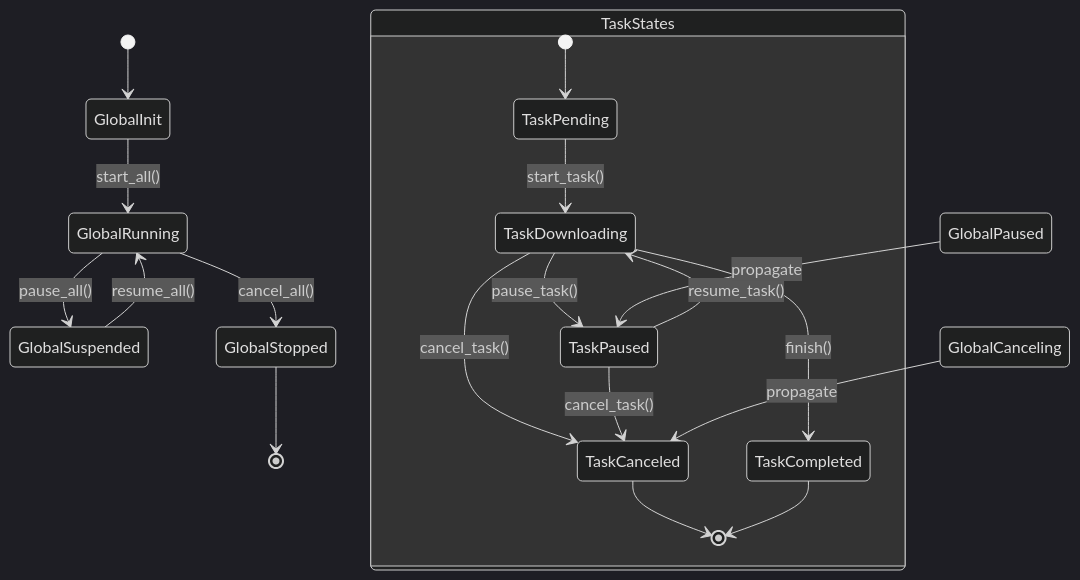
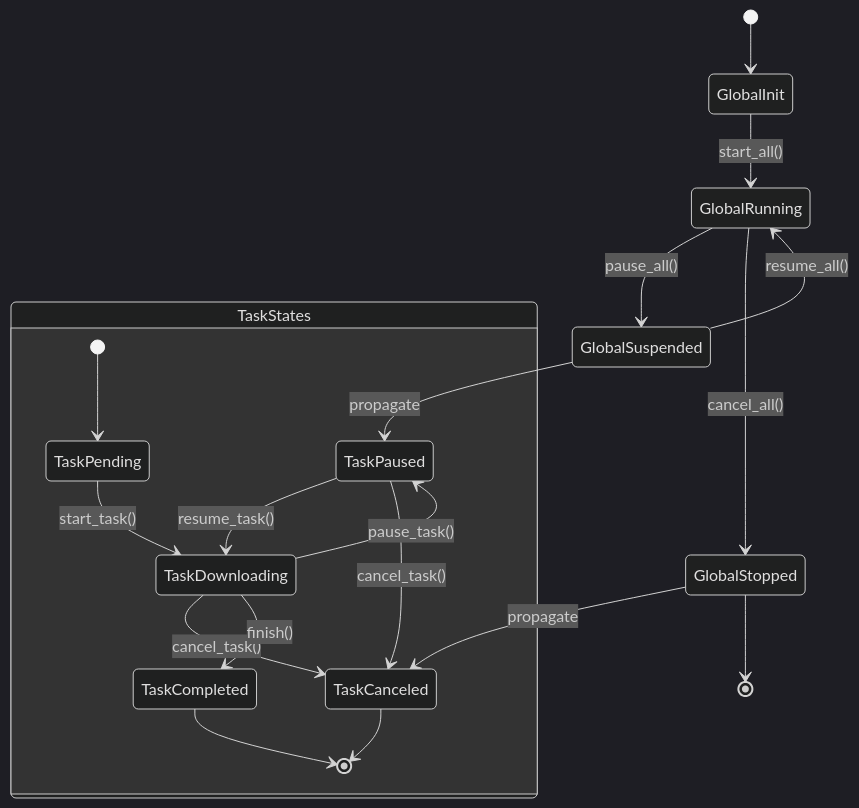
Before and after one commit to Islatri/vielpork: the diagram in Readme.md, drawn with Mermaid (dark theme). The commit also changed other lines of this file and 1 other file, not shown here.

````diff
--- a/Readme.md
+++ b/Readme.md
@@ -32,24 +145,24 @@
 ```mermaid
 stateDiagram-v2
     [*] --> GlobalInit
     GlobalInit --> GlobalRunning: start_all()
     GlobalRunning --> GlobalSuspended: pause_all()
     GlobalSuspended --> GlobalRunning: resume_all()
     GlobalRunning --> GlobalStopped: cancel_all()
     GlobalStopped --> [*]
     
     state TaskStates {
         [*] --> TaskPending
         TaskPending --> TaskDownloading: start_task()
         TaskDownloading --> TaskPaused: pause_task()
         TaskPaused --> TaskDownloading: resume_task()
         TaskDownloading --> TaskCanceled: cancel_task()
         TaskDownloading --> TaskCompleted: finish()
         TaskPaused --> TaskCanceled: cancel_task()
         TaskCanceled --> [*]
         TaskCompleted --> [*]
     }
     
-    GlobalPaused --> TaskPaused : propagate
-    GlobalCanceling --> TaskCanceled : propagate
+    GlobalSuspended --> TaskPaused : propagate
+    GlobalStopped --> TaskCanceled : propagate
 ```
````
